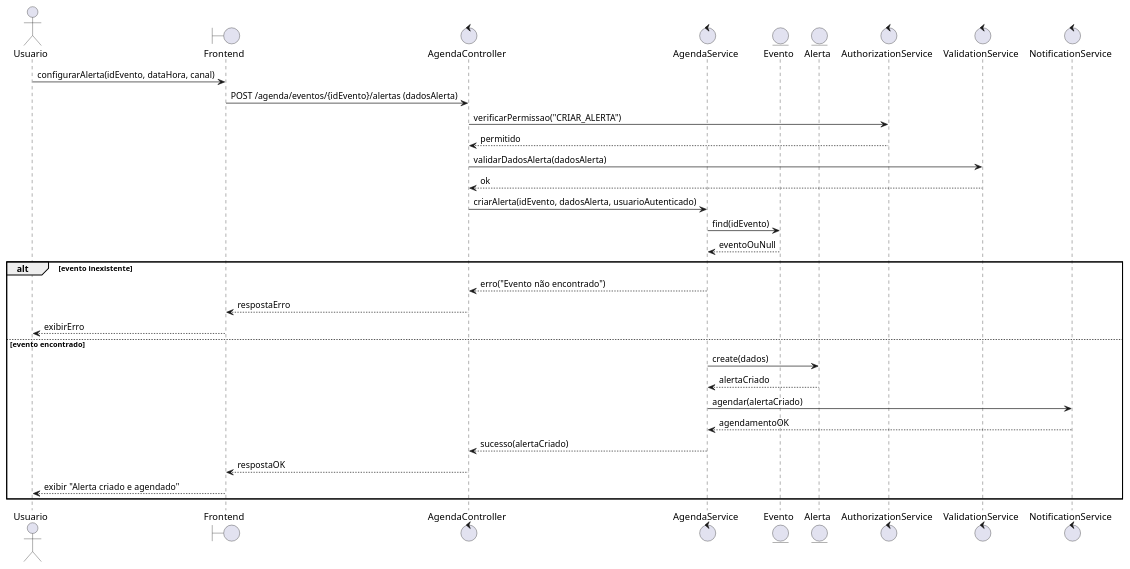
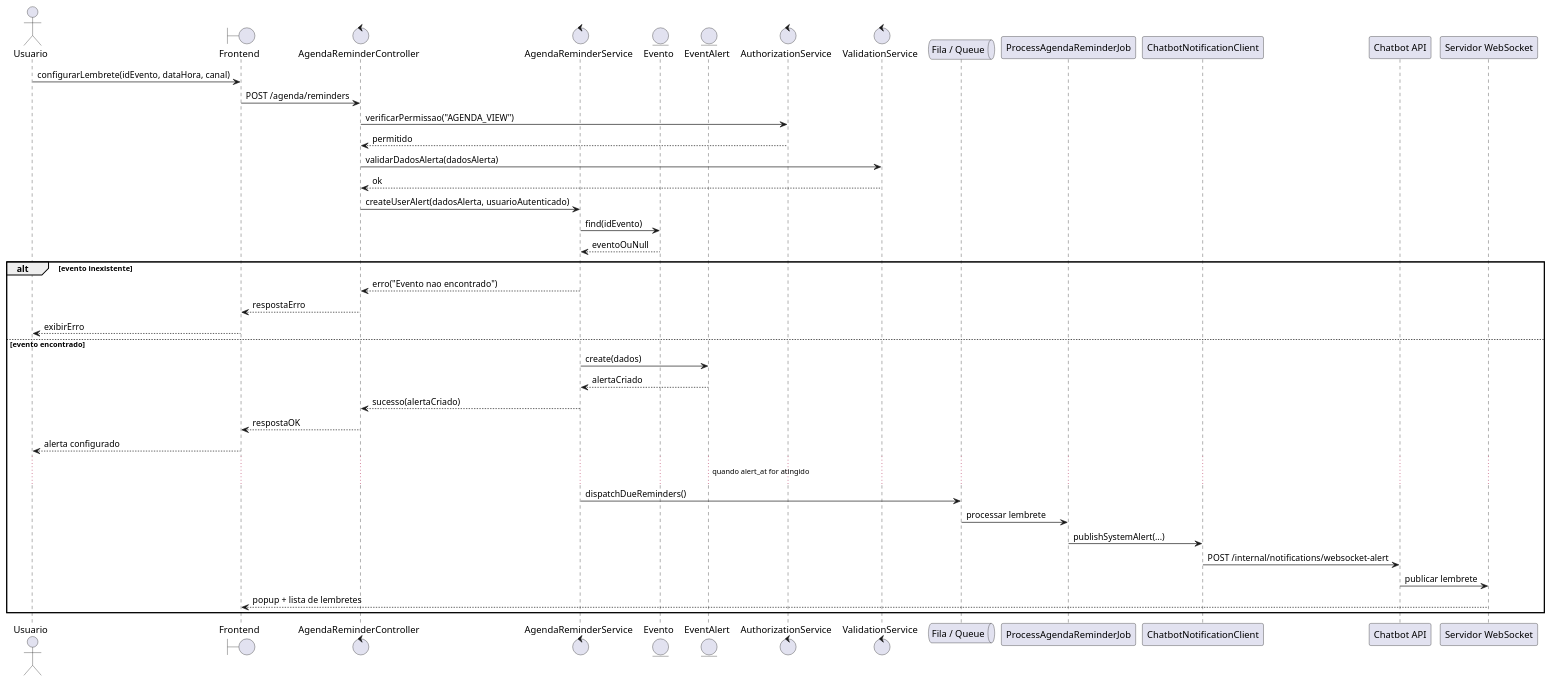
One commit to ICEI-PUC-Minas-PPLES-TI/plf-es-2025-2-tcci-0393100-dev-bernardo-biondini changed the diagram in Artefatos/Sequencia/cri_ale.puml. Above: the diagram before and after it, drawn with PlantUML. The commit also changed 38 other files, not shown here.

Commit message:
Adapta diagramas paraa uso de Webscoket e envio de notificações de status de demanda

```diff
--- a/Artefatos/Sequencia/cri_ale.puml
+++ b/Artefatos/Sequencia/cri_ale.puml
@@ -1,45 +1,50 @@
 @startuml
 actor Usuario
 
 boundary Frontend as FE
-control AgendaController as C
-control AgendaService as S
-entity Evento as M
-entity Alerta as A
+control AgendaReminderController as C
+control AgendaReminderService as S
+entity Evento as E
+entity EventAlert as A
 control AuthorizationService as AuthZ
 control ValidationService as Val
-control NotificationService as Notif
+queue "Fila / Queue" as Queue
+participant "ProcessAgendaReminderJob" as Job
+participant "ChatbotNotificationClient" as Client
+participant "Chatbot API" as Chatbot
+participant "Servidor WebSocket" as WS
 
-Usuario -> FE : configurarAlerta(idEvento, dataHora, canal)
-FE -> C : POST /agenda/eventos/{idEvento}/alertas (dadosAlerta)
+Usuario -> FE : configurarLembrete(idEvento, dataHora, canal)
+FE -> C : POST /agenda/reminders
 
-C -> AuthZ : verificarPermissao("CRIAR_ALERTA")
+C -> AuthZ : verificarPermissao("AGENDA_VIEW")
 AuthZ --> C : permitido
 
 C -> Val : validarDadosAlerta(dadosAlerta)
 Val --> C : ok
 
-C -> S : criarAlerta(idEvento, dadosAlerta, usuarioAutenticado)
-
-S -> M : find(idEvento)
-M --> S : eventoOuNull
+C -> S : createUserAlert(dadosAlerta, usuarioAutenticado)
+S -> E : find(idEvento)
+E --> S : eventoOuNull
 
 alt evento inexistente
-    S --> C : erro("Evento não encontrado")
+    S --> C : erro("Evento nao encontrado")
     C --> FE : respostaErro
     FE --> Usuario : exibirErro
 else evento encontrado
-    ' Registrar alerta no banco
     S -> A : create(dados)
     A --> S : alertaCriado
-
-    ' Agendar notificação
-    S -> Notif : agendar(alertaCriado)
-    Notif --> S : agendamentoOK
-
     S --> C : sucesso(alertaCriado)
     C --> FE : respostaOK
-    FE --> Usuario : exibir "Alerta criado e agendado"
+    FE --> Usuario : alerta configurado
+
+    ... quando alert_at for atingido ...
+
+    S -> Queue : dispatchDueReminders()
+    Queue -> Job : processar lembrete
+    Job -> Client : publishSystemAlert(...)
+    Client -> Chatbot : POST /internal/notifications/websocket-alert
+    Chatbot -> WS : publicar lembrete
+    WS --> FE : popup + lista de lembretes
 end
-
 @enduml
```
